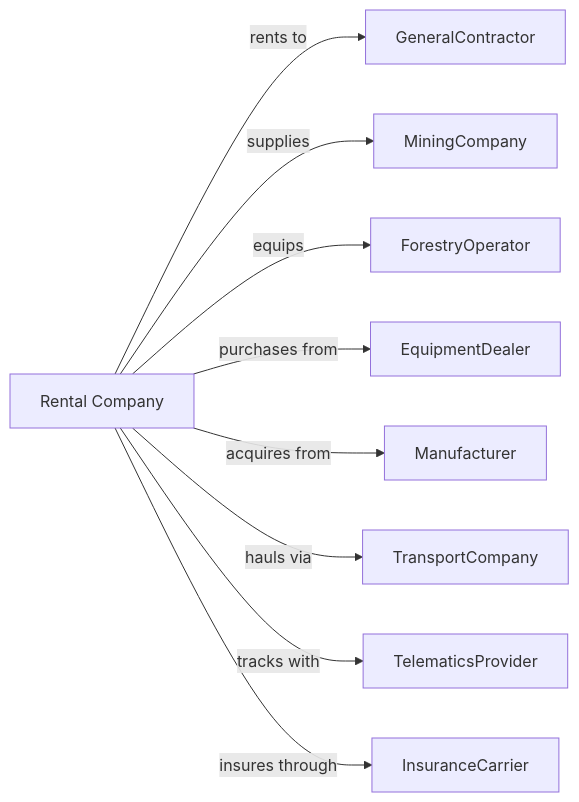
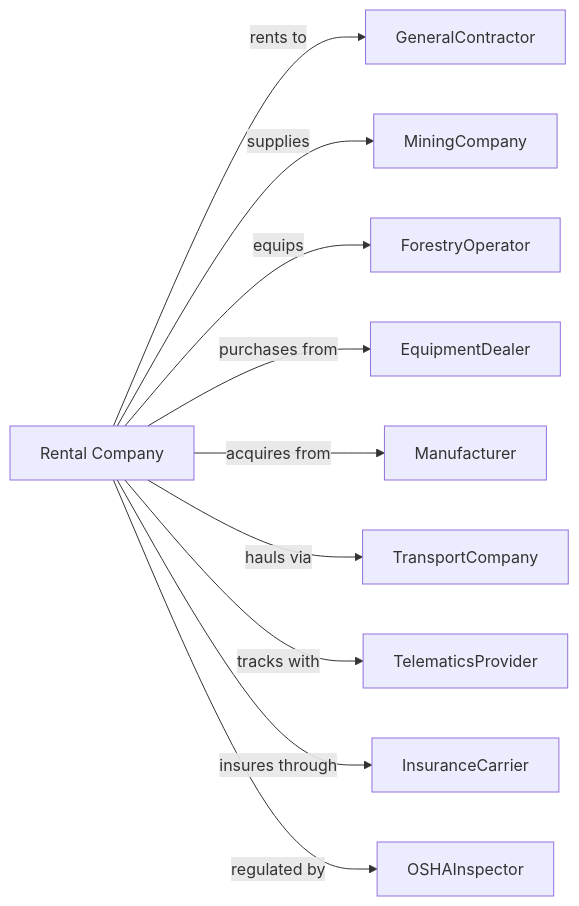
One commit to dot-org-ai/industries.org.ai changed the second of 2 diagrams in RealEstate/RentalAndLeasingServices/CommercialAndIndustrialMachineryAndEquipmentRentalAndLeasing/ConstructionMiningAndForestryMachineryAndEquipmentRentalAndLeasing.mdx. Above: the diagram before and after it, drawn with Mermaid. The commit also changed other lines of this file and 588 other files, not shown here.

````diff
--- a/RealEstate/RentalAndLeasingServices/CommercialAndIndustrialMachineryAndEquipmentRentalAndLeasing/ConstructionMiningAndForestryMachineryAndEquipmentRentalAndLeasing.mdx
+++ b/RealEstate/RentalAndLeasingServices/CommercialAndIndustrialMachineryAndEquipmentRentalAndLeasing/ConstructionMiningAndForestryMachineryAndEquipmentRentalAndLeasing.mdx
@@ -134,13 +134,14 @@
 ```mermaid
 graph LR
     R[Rental Company]
 
     R -->|rents to| GeneralContractor
     R -->|supplies| MiningCompany
     R -->|equips| ForestryOperator
     R -->|purchases from| EquipmentDealer
     R -->|acquires from| Manufacturer
     R -->|hauls via| TransportCompany
     R -->|tracks with| TelematicsProvider
     R -->|insures through| InsuranceCarrier
+    R -->|regulated by| OSHAInspector
 ```
````
